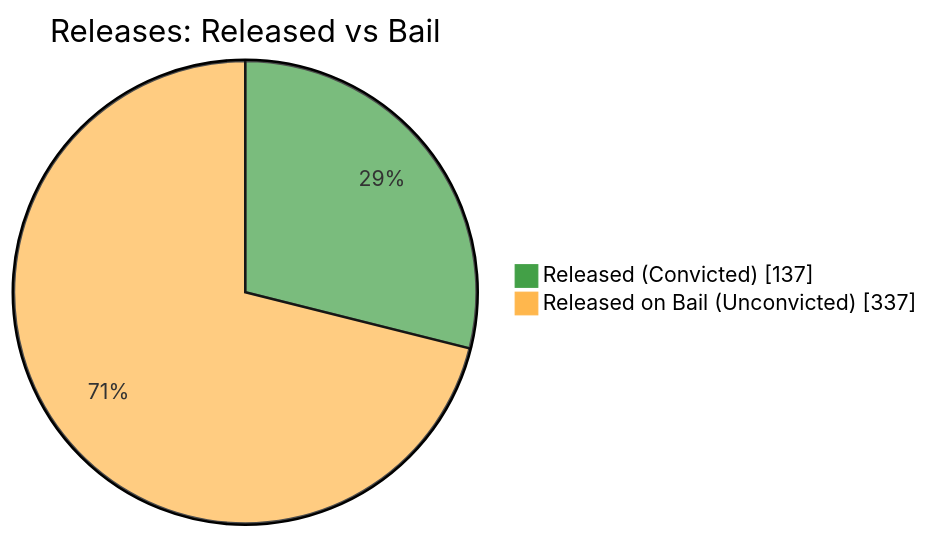
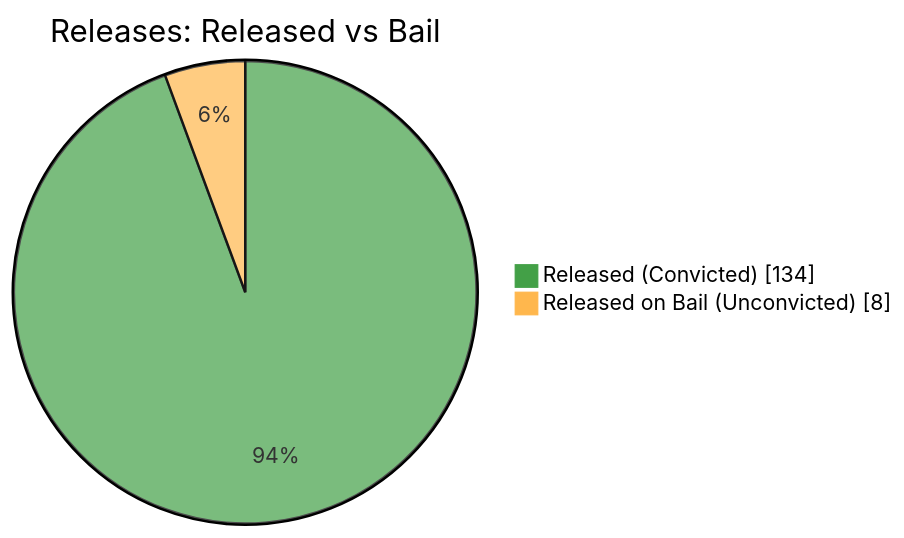
Before and after one commit to nuuuwan/lk_prisons: the fifth of 7 diagrams in README.md, drawn with Mermaid. The commit also changed other lines of this file and 1 other file, not shown here.

````diff
--- a/README.md
+++ b/README.md
@@ -87,6 +87,6 @@
 ```mermaid
 %%{init: {'themeVariables': {'pie1': '#43A047', 'pie2': '#FFB74D'}}}%%
 pie showData title Releases: Released vs Bail
-    "Released (Convicted)" : 137
-    "Released on Bail (Unconvicted)" : 337
+    "Released (Convicted)" : 134
+    "Released on Bail (Unconvicted)" : 8
 ```
````
